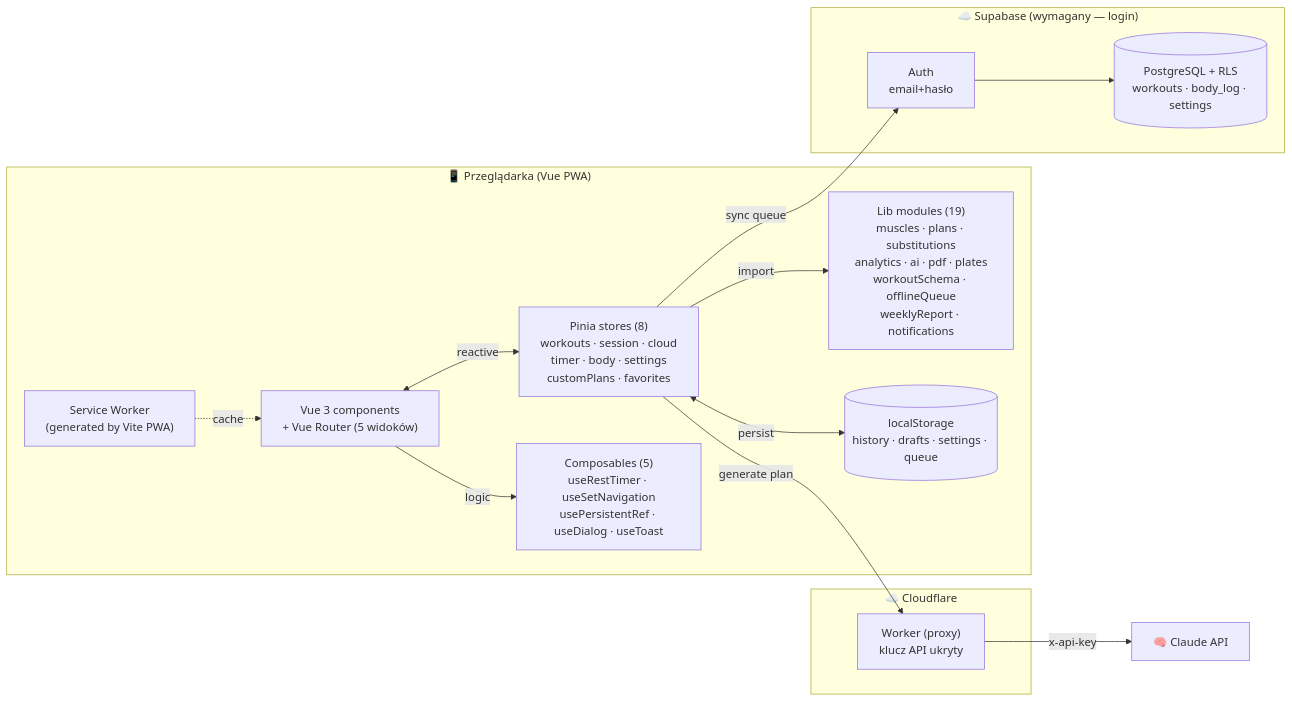
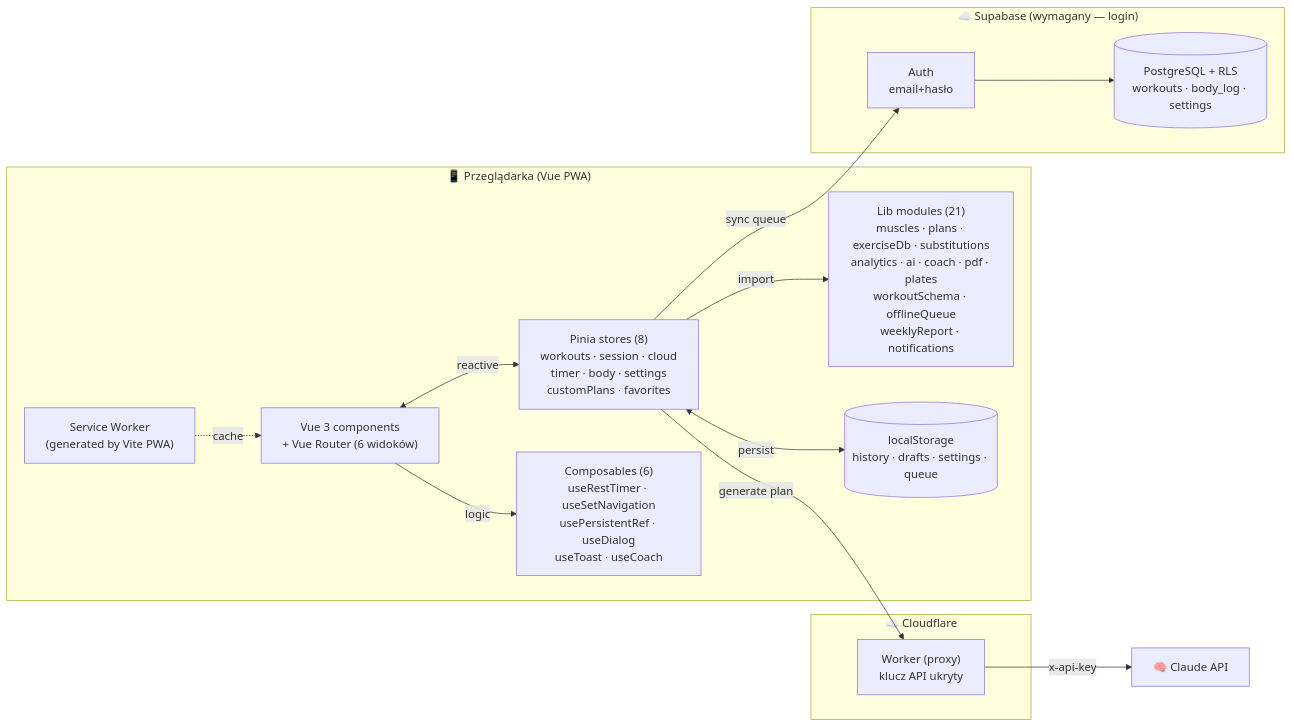
Before and after one commit to LukaszBonio/trening: the first of 2 diagrams in README.md, drawn with Mermaid. The commit also changed other lines of this file and 4 other files, not shown here.

````diff
--- a/README.md
+++ b/README.md
@@ -233,29 +243,29 @@
 ```mermaid
 flowchart LR
     subgraph Client["📱 Przeglądarka (Vue PWA)"]
-        UI["Vue 3 components<br/>+ Vue Router (5 widoków)"]
+        UI["Vue 3 components<br/>+ Vue Router (6 widoków)"]
         Stores["Pinia stores (8)<br/>workouts · session · cloud<br/>timer · body · settings<br/>customPlans · favorites"]
-        Composables["Composables (5)<br/>useRestTimer · useSetNavigation<br/>usePersistentRef · useDialog · useToast"]
-        Libs["Lib modules (19)<br/>muscles · plans · substitutions<br/>analytics · ai · pdf · plates<br/>workoutSchema · offlineQueue<br/>weeklyReport · notifications"]
+        Composables["Composables (6)<br/>useRestTimer · useSetNavigation<br/>usePersistentRef · useDialog<br/>useToast · useCoach"]
+        Libs["Lib modules (21)<br/>muscles · plans · exerciseDb · substitutions<br/>analytics · ai · coach · pdf · plates<br/>workoutSchema · offlineQueue<br/>weeklyReport · notifications"]
         SW["Service Worker<br/>(generated by Vite PWA)"]
         LS[("localStorage<br/>history · drafts · settings · queue")]
     end
     subgraph Edge["☁️ Cloudflare"]
         W["Worker (proxy)<br/>klucz API ukryty"]
     end
     subgraph Cloud["☁️ Supabase (wymagany — login)"]
         Auth["Auth<br/>email+hasło"]
         DB[("PostgreSQL + RLS<br/>workouts · body_log · settings")]
     end
     AI["🧠 Claude API"]
 
     UI <-->|reactive| Stores
     UI -->|logic| Composables
     Stores <-->|persist| LS
     Stores -->|import| Libs
     SW -.->|cache| UI
     Stores -->|generate plan| W
     W -->|x-api-key| AI
     Stores -->|sync queue| Auth
     Auth --> DB
 ```
````
